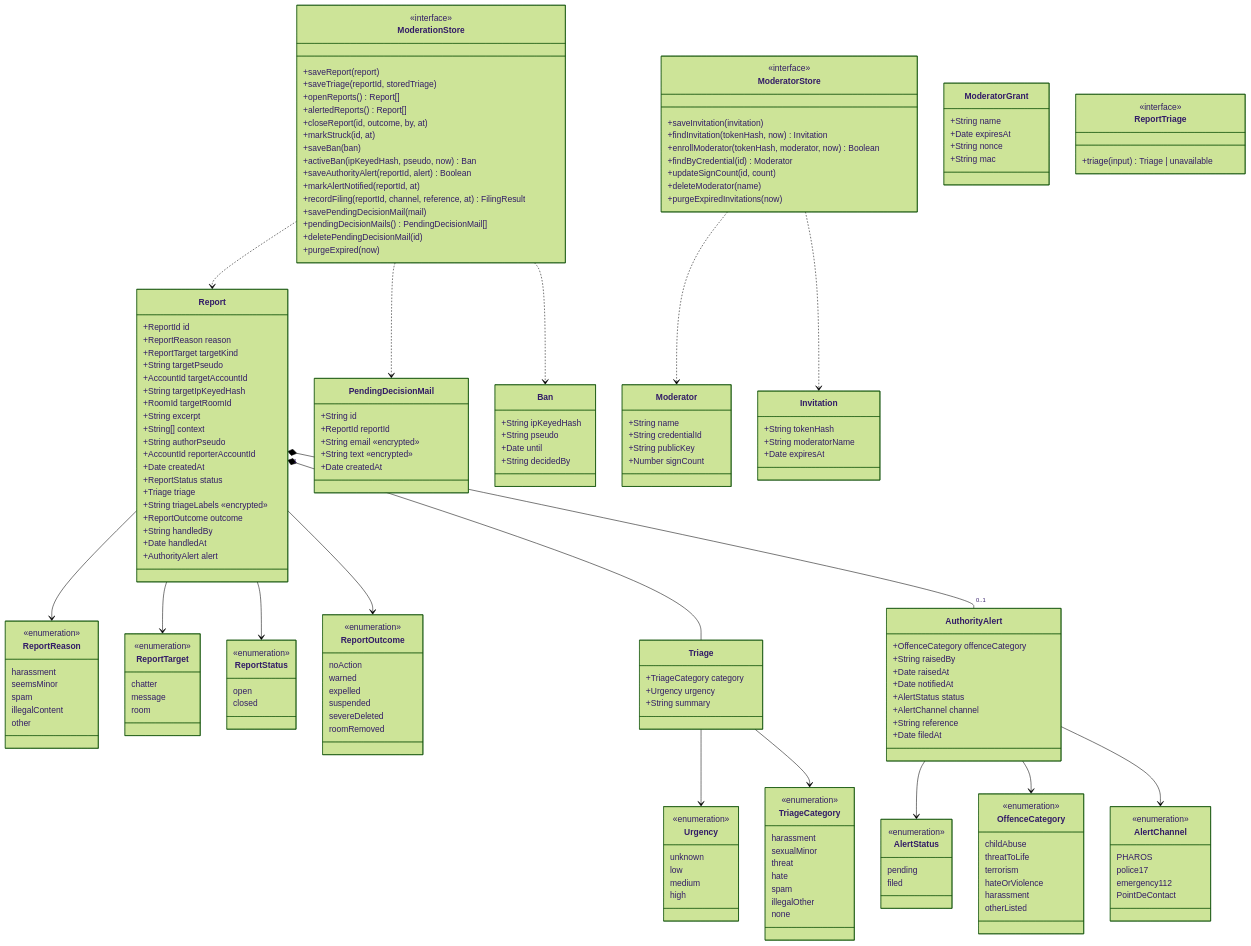
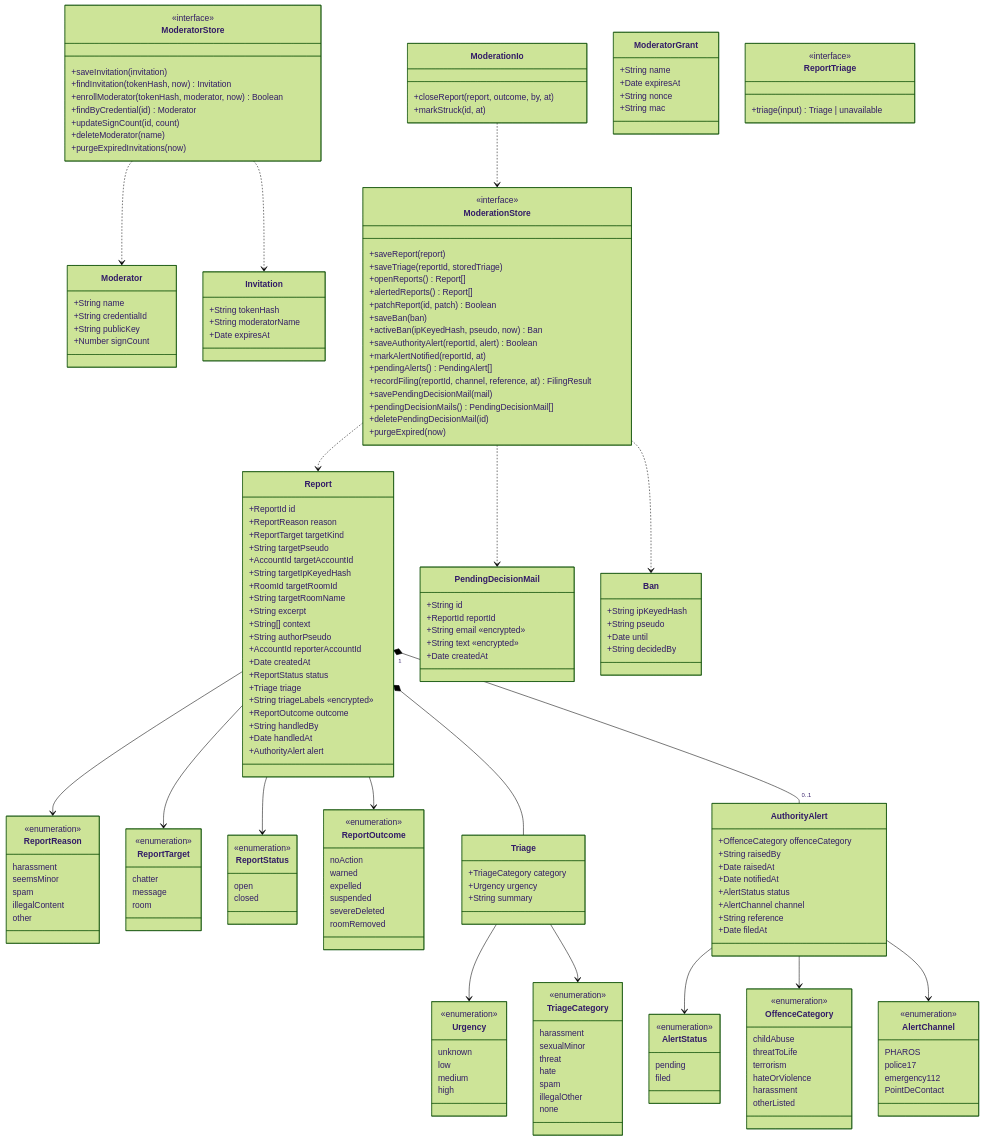
Before and after one commit to benoit-bremaud/asv: the diagram in docs/architecture/diagrams/moderation/04-class.md, drawn with Mermaid (forest theme). The commit also changed other lines of this file and 44 other files, not shown here.

First line of the commit message:
feat(moderation): severe expel, authority alerts, room removal and decision e-mail (8c-2) (#230)

```diff
--- a/docs/architecture/diagrams/moderation/04-class.md
+++ b/docs/architecture/diagrams/moderation/04-class.md
@@ -21,6 +21,7 @@
     +AccountId targetAccountId
     +String targetIpKeyedHash
     +RoomId targetRoomId
+    +String targetRoomName
     +String excerpt
     +String[] context
     +String authorPseudo
@@ -145,17 +146,21 @@
     +saveTriage(reportId, storedTriage)
     +openReports() Report[]
     +alertedReports() Report[]
-    +closeReport(id, outcome, by, at)
-    +markStruck(id, at)
+    +patchReport(id, patch) Boolean
     +saveBan(ban)
     +activeBan(ipKeyedHash, pseudo, now) Ban
     +saveAuthorityAlert(reportId, alert) Boolean
     +markAlertNotified(reportId, at)
+    +pendingAlerts() PendingAlert[]
     +recordFiling(reportId, channel, reference, at) FilingResult
     +savePendingDecisionMail(mail)
     +pendingDecisionMails() PendingDecisionMail[]
     +deletePendingDecisionMail(id)
     +purgeExpired(now)
+  }
+  class ModerationIo {
+    +closeReport(report, outcome, by, at)
+    +markStruck(id, at)
   }
   class ModeratorStore {
     <<interface>>
@@ -189,6 +194,7 @@
   AuthorityAlert --> OffenceCategory
   AuthorityAlert --> AlertChannel
   ModerationStore ..> Report
+  ModerationIo ..> ModerationStore
   ModerationStore ..> Ban
   ModerationStore ..> PendingDecisionMail
   ModeratorStore ..> Moderator
```
